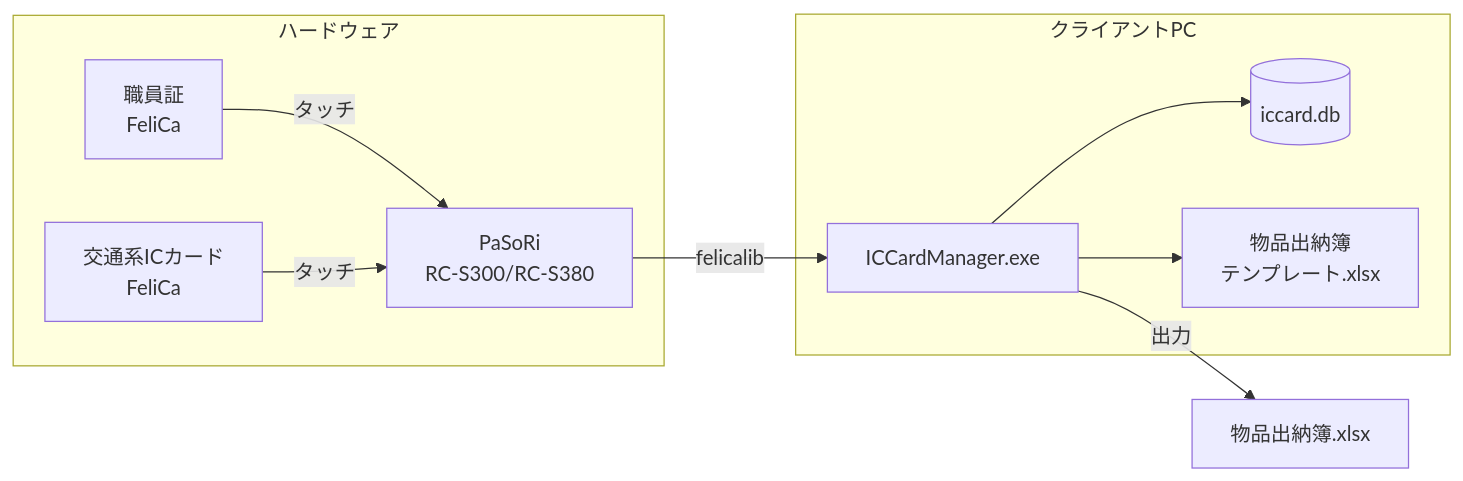
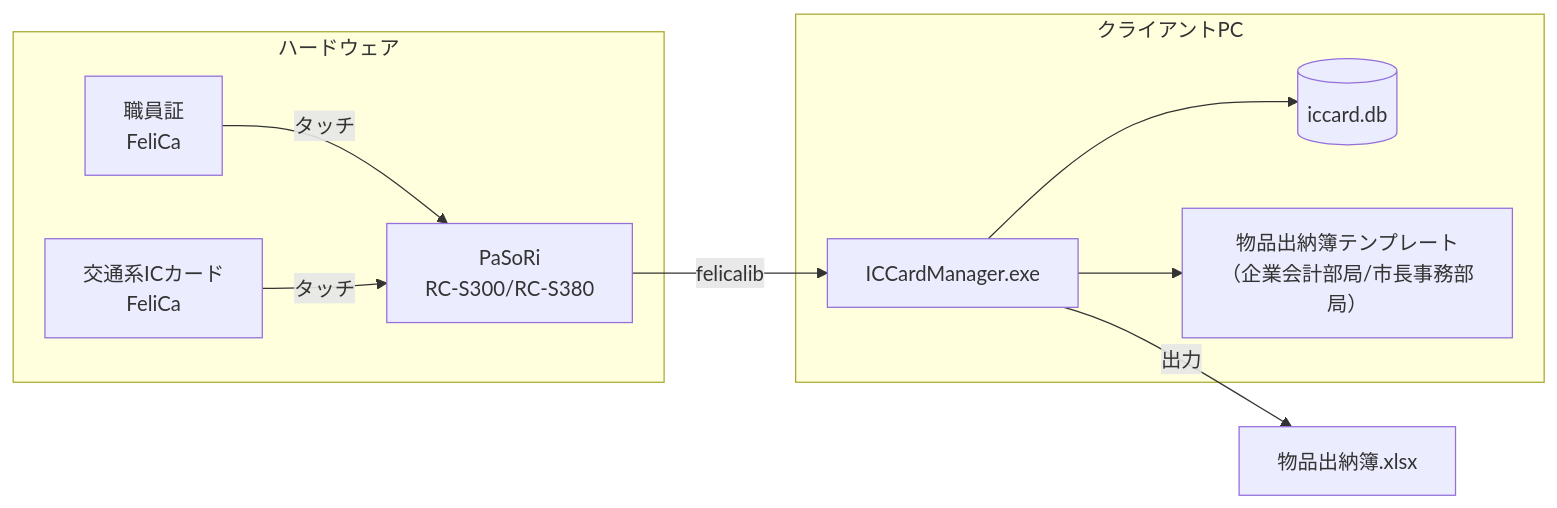
Before and after one commit to kuwayamamasayuki/ICCardManager: the second of 3 diagrams in ICCardManager/docs/design/01_システム概要設計書.md, drawn with Mermaid. The commit also changed 4 other files, not shown here.

````diff
--- a/ICCardManager/docs/design/01_システム概要設計書.md
+++ b/ICCardManager/docs/design/01_システム概要設計書.md
@@ -120,21 +120,21 @@
 ```mermaid
 graph LR
     subgraph "クライアントPC"
         APP[ICCardManager.exe]
         DB[(iccard.db)]
-        TEMPLATE[物品出納簿<br>テンプレート.xlsx]
+        TEMPLATE[物品出納簿テンプレート<br>（企業会計部局/市長事務部局）]
     end
 
     subgraph "ハードウェア"
         PASORI[PaSoRi<br>RC-S300/RC-S380]
         STAFF_CARD[職員証<br>FeliCa]
         IC_CARD[交通系ICカード<br>FeliCa]
     end
 
     PASORI -->|felicalib| APP
     STAFF_CARD -->|タッチ| PASORI
     IC_CARD -->|タッチ| PASORI
     APP --> DB
     APP --> TEMPLATE
     APP -->|出力| OUTPUT[物品出納簿.xlsx]
 ```
````
